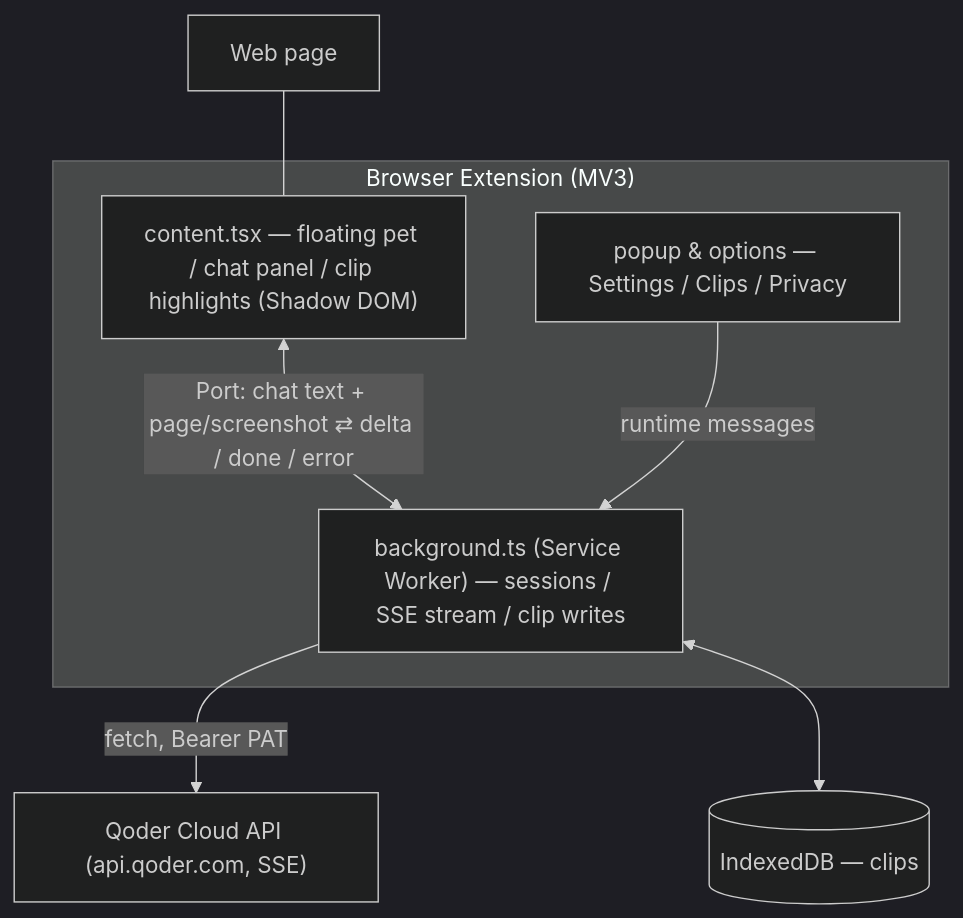
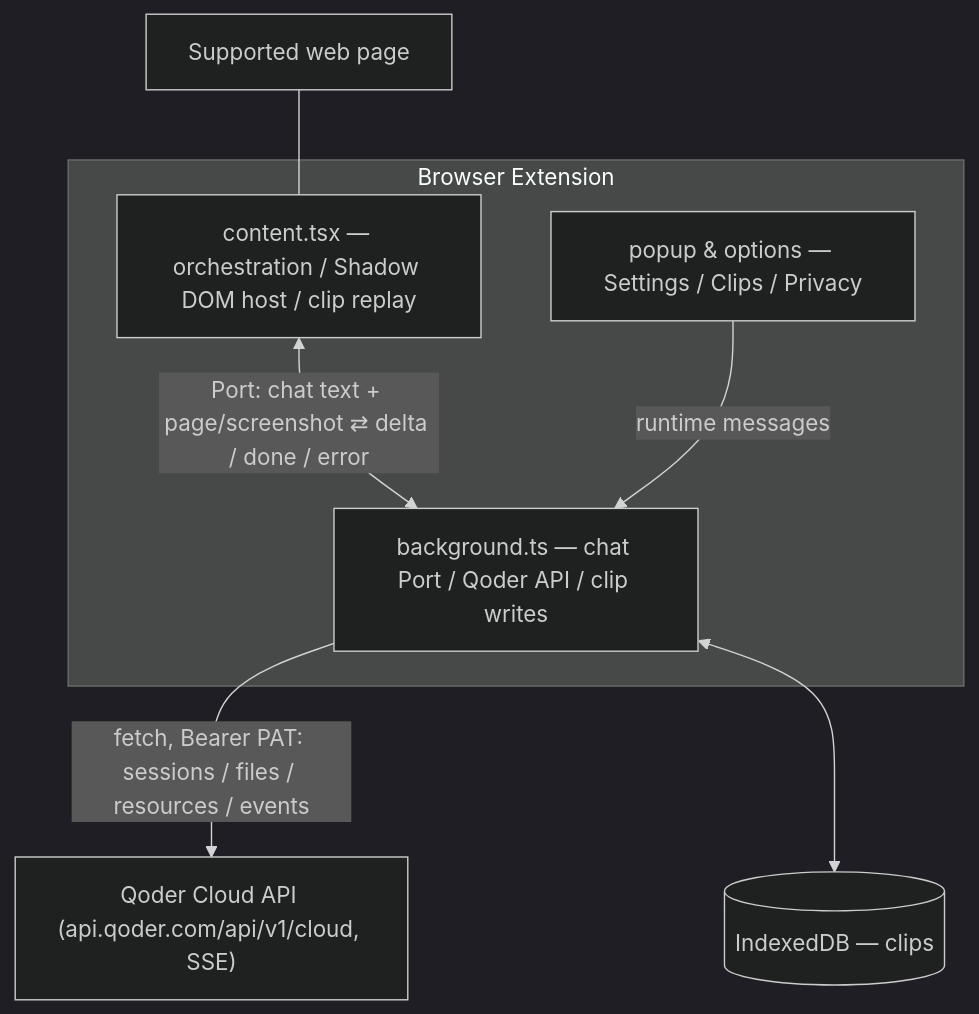
The diagram in README.md (shenyankm/tab-agent), drawn with Mermaid (dark theme) before and after one commit. The commit also changed other lines of this file and 3 other files, not shown here.

First line of the commit message:
docs: refresh README, AGENTS and architecture docs

````diff
--- a/README.md
+++ b/README.md
@@ -86,15 +102,15 @@
 ```mermaid
 flowchart TD
-    Page["Web page"] --- Content
-    subgraph Ext["Browser Extension (MV3)"]
-        Content["content.tsx — floating pet / chat panel / clip highlights (Shadow DOM)"]
-        BG["background.ts (Service Worker) — sessions / SSE stream / clip writes"]
+    Page["Supported web page"] --- Content
+    subgraph Ext["Browser Extension"]
+        Content["content.tsx — orchestration / Shadow DOM host / clip replay"]
+        BG["background.ts — chat Port / Qoder API / clip writes"]
         Popup["popup & options — Settings / Clips / Privacy"]
     end
-    Cloud["Qoder Cloud API (api.qoder.com, SSE)"]
+    Cloud["Qoder Cloud API (api.qoder.com/api/v1/cloud, SSE)"]
     IDB[("IndexedDB — clips")]
     Content <--> |"Port: chat text + page/screenshot ⇄ delta / done / error"| BG
     Popup --> |runtime messages| BG
-    BG --> |"fetch, Bearer PAT"| Cloud
+    BG --> |"fetch, Bearer PAT: sessions / files / resources / events"| Cloud
     BG <--> IDB
 ```
````
